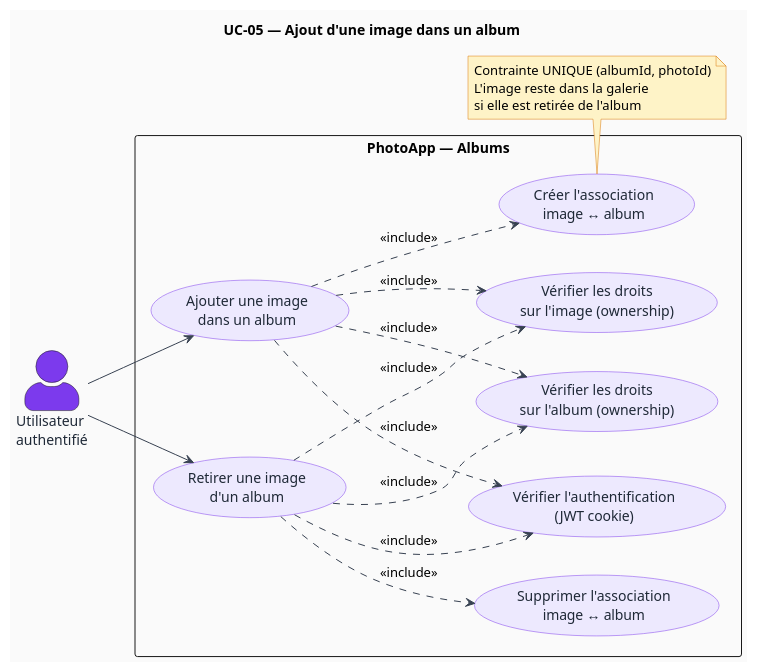
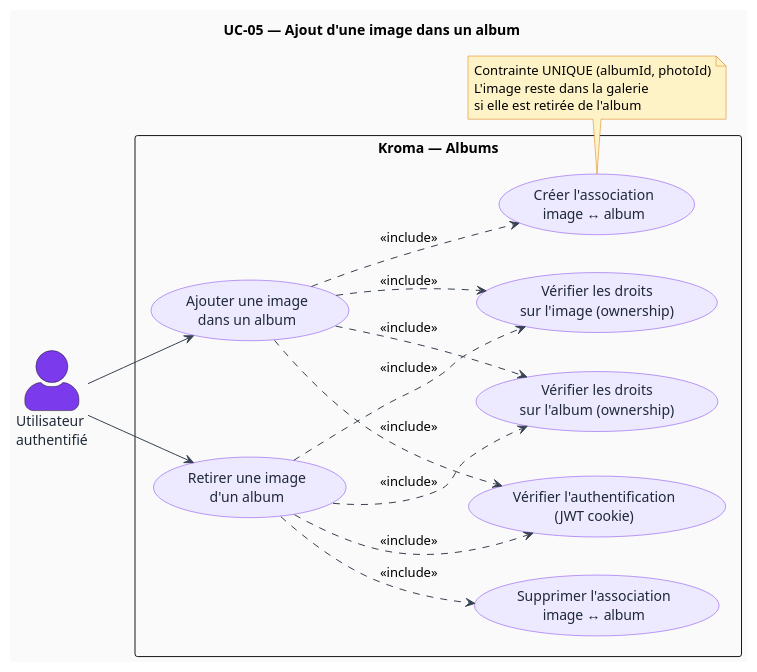
The diagram in docs/use_cases/uc-05-ajout-image-album.puml (TonyMascate/fil_rouge_plateforme), drawn with PlantUML before and after one commit. The commit also changed 27 other files, not shown here.

```diff
--- a/docs/use_cases/uc-05-ajout-image-album.puml
+++ b/docs/use_cases/uc-05-ajout-image-album.puml
@@ -1,60 +1,60 @@
 @startuml UC-05 — Ajout d'une image dans un album
 
 title UC-05 — Ajout d'une image dans un album
 
 left to right direction
 
 skinparam actorStyle awesome
 skinparam backgroundColor #FAFAFA
 skinparam usecase {
   BackgroundColor #EDE9FE
   BorderColor #7C3AED
   FontColor #1F2937
 }
 skinparam actor {
   BackgroundColor #7C3AED
   FontColor #1F2937
 }
 skinparam arrow {
   Color #374151
 }
 skinparam note {
   BackgroundColor #FEF3C7
   BorderColor #D97706
 }
 
 actor "Utilisateur\nauthentifié" as User
 
-rectangle "PhotoApp — Albums" {
+rectangle "Kroma — Albums" {
 
   usecase "Ajouter une image\ndans un album" as UC_Add
   usecase "Retirer une image\nd'un album" as UC_Remove
 
   usecase "Vérifier l'authentification\n(JWT cookie)" as UC_Auth
   usecase "Vérifier les droits\nsur l'album (ownership)" as UC_CheckAlbum
   usecase "Vérifier les droits\nsur l'image (ownership)" as UC_CheckPhoto
   usecase "Créer l'association\nimage ↔ album" as UC_Link
   usecase "Supprimer l'association\nimage ↔ album" as UC_Unlink
 
 }
 
 User --> UC_Add
 User --> UC_Remove
 
 UC_Add    ..> UC_Auth       : <<include>>
 UC_Add    ..> UC_CheckAlbum : <<include>>
 UC_Add    ..> UC_CheckPhoto : <<include>>
 UC_Add    ..> UC_Link       : <<include>>
 
 UC_Remove ..> UC_Auth       : <<include>>
 UC_Remove ..> UC_CheckAlbum : <<include>>
 UC_Remove ..> UC_CheckPhoto : <<include>>
 UC_Remove ..> UC_Unlink     : <<include>>
 
 note bottom of UC_Link
   Contrainte UNIQUE (albumId, photoId)
   L'image reste dans la galerie
   si elle est retirée de l'album
 end note
 
 @enduml
```
